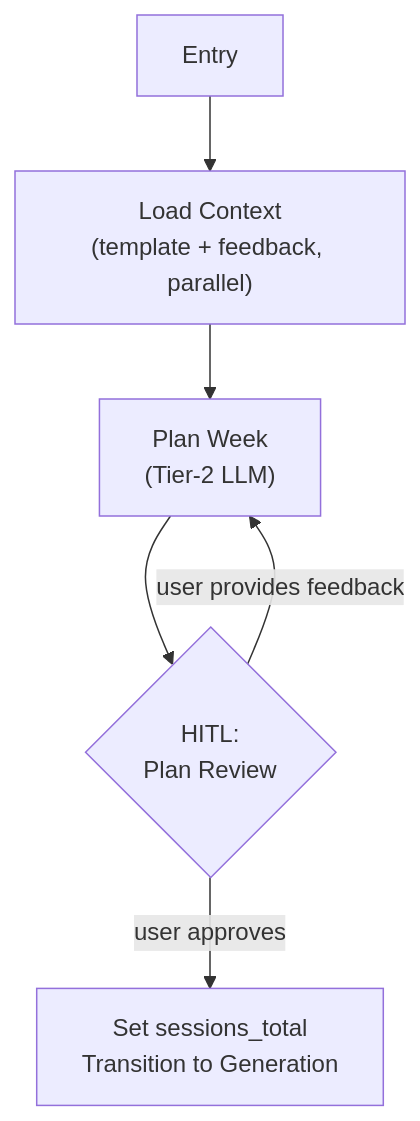
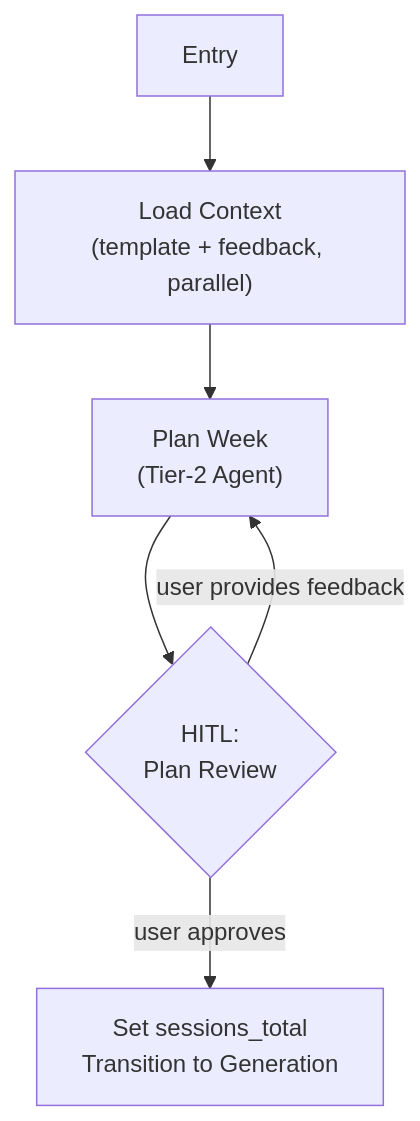
Before and after one commit to faolitarna/weekforge: the diagram in specs/steps/step-2-planning.md, drawn with Mermaid. The commit also changed other lines of this file and 21 other files, not shown here.

````diff
--- a/specs/steps/step-2-planning.md
+++ b/specs/steps/step-2-planning.md
@@ -28,8 +29,8 @@
 ```mermaid
 graph TD
     A["Entry"] --> B["Load Context\n(template + feedback, parallel)"]
-    B --> C["Plan Week\n(Tier-2 LLM)"]
+    B --> C["Plan Week\n(Tier-2 Agent)"]
     C --> D{"HITL:\nPlan Review"}
     D -->|"user provides feedback"| C
     D -->|"user approves"| E["Set sessions_total\nTransition to Generation"]
 ```
````
